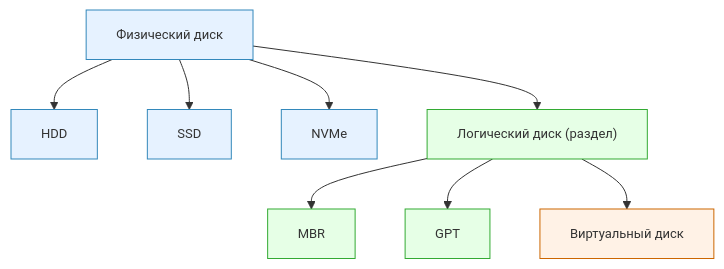
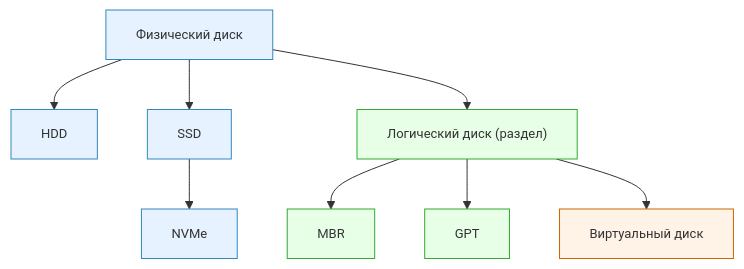
Before and after one commit to Spirzen/it-knowledge-base: the first of 3 diagrams in docs/encyclopedia/1-basics/1-08-kak-rabotaet-kompyuter/3.md, drawn with Mermaid. The commit also changed other lines of this file and 1180 other files, not shown here.

````diff
--- a/docs/encyclopedia/1-basics/1-08-kak-rabotaet-kompyuter/3.md
+++ b/docs/encyclopedia/1-basics/1-08-kak-rabotaet-kompyuter/3.md
@@ -39,34 +41,34 @@
 ```mermaid
 %%{init: {
   "theme": "default",
   "themeVariables": {
     "fontSize": "13px",
     "fontFamily": "Segoe UI, Tahoma, sans-serif"
   }
 }}%%
 flowchart TD
     classDef physical fill:#e6f2ff,stroke:#3388bb;
     classDef logical fill:#e6ffe6,stroke:#33aa33;
     classDef virtual fill:#fff2e6,stroke:#cc6600;
 
     PD["Физический диск"]:::physical
     HDD["HDD"]:::physical
     SSD["SSD"]:::physical
     NVMe["NVMe"]:::physical
 
     LD["Логический диск (раздел)"]:::logical
     MBR["MBR"]:::logical
     GPT["GPT"]:::logical
 
     VD["Виртуальный диск"]:::virtual
 
     PD --> HDD
     PD --> SSD
-    PD --> NVMe
+    SSD --> NVMe
 
     PD --> LD
     LD --> MBR
     LD --> GPT
 
     LD --> VD
 ```
````
